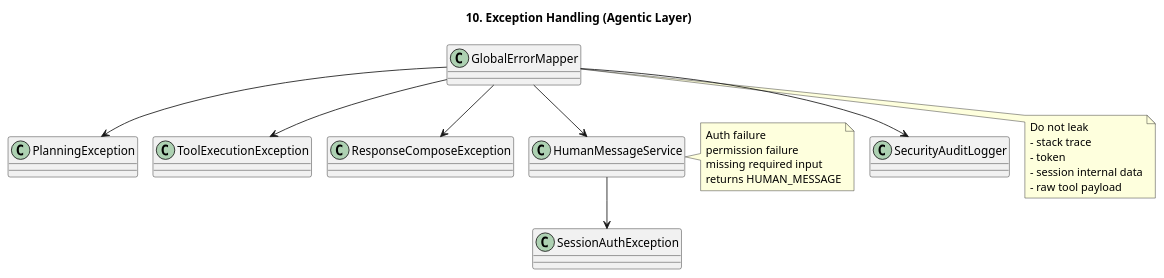
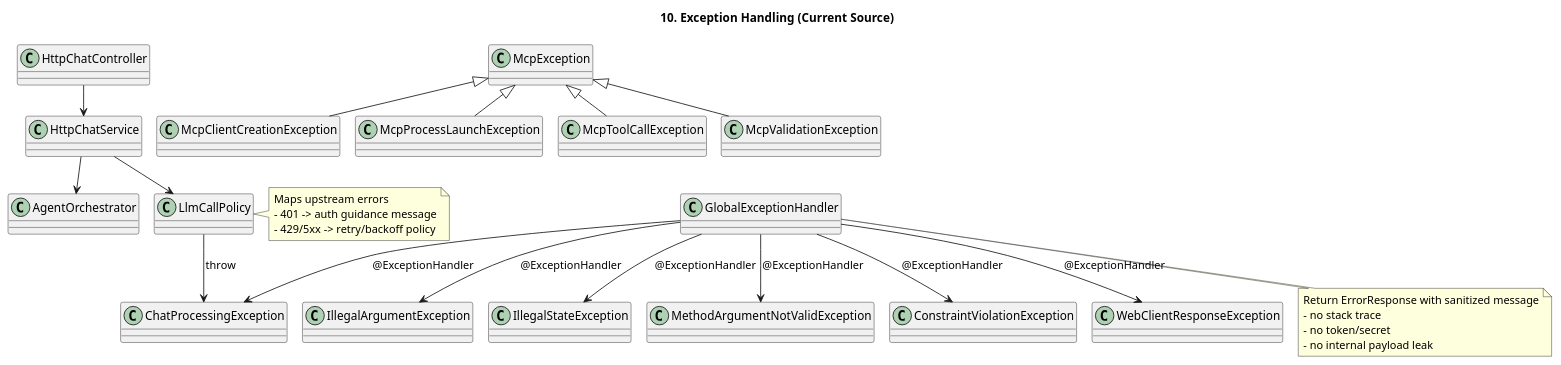
One commit to kim57uak/spring-ai changed the diagram in documents/mcp-orchestrator-architecture/10-exception-handling.puml. Above: the diagram before and after it, drawn with PlantUML. The commit also changed 63 other files, not shown here.

Commit message:
Refactor agent architecture, exception layering, and docs sync

```diff
--- a/documents/mcp-orchestrator-architecture/10-exception-handling.puml
+++ b/documents/mcp-orchestrator-architecture/10-exception-handling.puml
@@ -1,40 +1,51 @@
 @startuml
 !pragma layout smetana
-title 10. Exception Handling (Agentic Layer)
+title 10. Exception Handling (Current Source)
 
 skinparam shadowing false
 skinparam componentStyle rectangle
 
-class SessionAuthException
-class PlanningException
-class ToolExecutionException
-class ResponseComposeException
+class HttpChatController
+class HttpChatService
+class AgentOrchestrator
+class LlmCallPolicy
+class GlobalExceptionHandler
 
-class HumanMessageService
-class GlobalErrorMapper
-class SecurityAuditLogger
+class ChatProcessingException
+class McpException
+class McpClientCreationException
+class McpProcessLaunchException
+class McpToolCallException
+class McpValidationException
 
-GlobalErrorMapper --> HumanMessageService
-GlobalErrorMapper --> SecurityAuditLogger
+HttpChatController --> HttpChatService
+HttpChatService --> AgentOrchestrator
+HttpChatService --> LlmCallPolicy
 
-HumanMessageService --> SessionAuthException
-GlobalErrorMapper --> PlanningException
-GlobalErrorMapper --> ToolExecutionException
-GlobalErrorMapper --> ResponseComposeException
+LlmCallPolicy --> ChatProcessingException : throw
+GlobalExceptionHandler --> ChatProcessingException : @ExceptionHandler
+GlobalExceptionHandler --> IllegalArgumentException : @ExceptionHandler
+GlobalExceptionHandler --> IllegalStateException : @ExceptionHandler
+GlobalExceptionHandler --> MethodArgumentNotValidException : @ExceptionHandler
+GlobalExceptionHandler --> ConstraintViolationException : @ExceptionHandler
+GlobalExceptionHandler --> WebClientResponseException : @ExceptionHandler
 
-note right of HumanMessageService
-Auth failure
-permission failure
-missing required input
-returns HUMAN_MESSAGE
+McpException <|-- McpClientCreationException
+McpException <|-- McpProcessLaunchException
+McpException <|-- McpToolCallException
+McpException <|-- McpValidationException
+
+note bottom of GlobalExceptionHandler
+Return ErrorResponse with sanitized message
+- no stack trace
+- no token/secret
+- no internal payload leak
 end note
 
-note bottom of GlobalErrorMapper
-Do not leak
-- stack trace
-- token
-- session internal data
-- raw tool payload
+note right of LlmCallPolicy
+Maps upstream errors
+- 401 -> auth guidance message
+- 429/5xx -> retry/backoff policy
 end note
 
 @enduml
```
